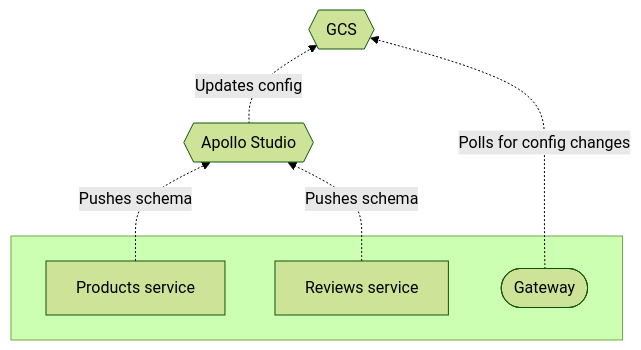
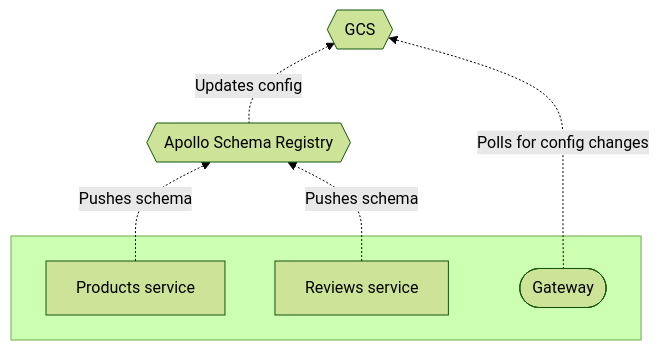
One commit to apollographql/apollo changed the diagram in graph-manager-docs/source/managed-federation/overview.mdx. Above: the diagram before and after it, drawn with Mermaid (forest theme). The commit also changed other lines of this file and 4 other files, not shown here.

````diff
--- a/graph-manager-docs/source/managed-federation/overview.mdx
+++ b/graph-manager-docs/source/managed-federation/overview.mdx
@@ -12,15 +12,15 @@
 ```mermaid
 graph BT;
   subgraph " "
   serviceA[Products service];
   serviceB[Reviews service];
   gateway([Gateway]);
   end
-  graphManager{{Apollo Studio}};
+  registry{{Apollo Schema Registry}};
   gcs{{GCS}}
-  serviceA & serviceB -. Pushes schema .-> graphManager;
-  graphManager -. Updates config .-> gcs;
+  serviceA & serviceB -. Pushes schema .-> registry;
+  registry -. Updates config .-> gcs;
   gateway -. Polls for config changes .-> gcs;
-  class graphManager secondary;
+  class registry secondary;
   class gcs secondary;
 ```
````
